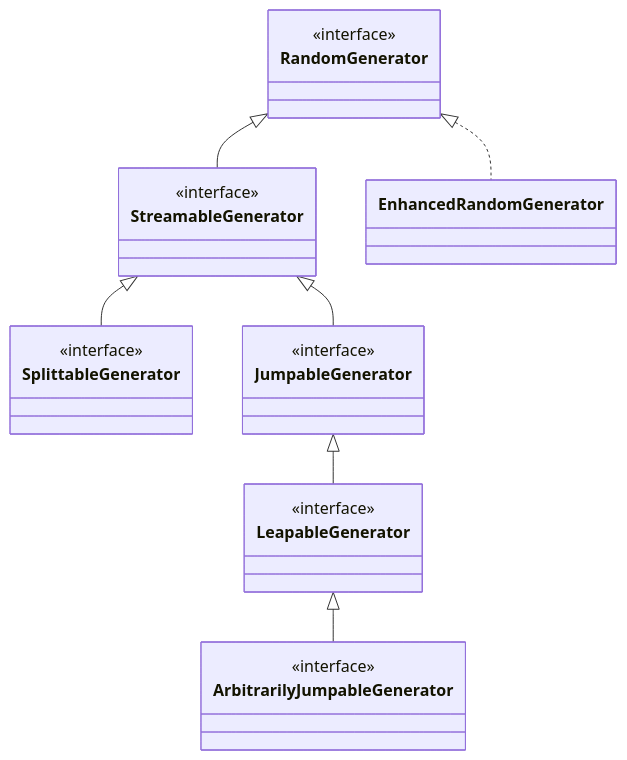
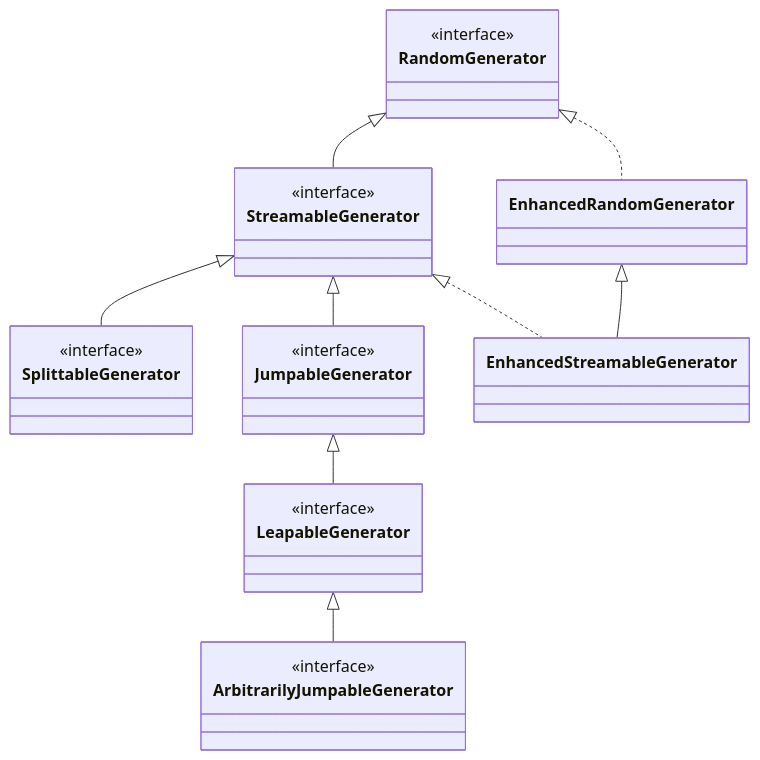
Before and after one commit to cicirello/rho-mu: the diagram in README.md, drawn with Mermaid.

````diff
--- a/README.md
+++ b/README.md
@@ -42,22 +42,25 @@
 ```mermaid
 classDiagram
   class RandomGenerator
   <<interface>> RandomGenerator
   class StreamableGenerator
   <<interface>> StreamableGenerator
   RandomGenerator <|-- StreamableGenerator
   class SplittableGenerator
   <<interface>> SplittableGenerator
   StreamableGenerator <|-- SplittableGenerator
   class JumpableGenerator
   <<interface>> JumpableGenerator
   StreamableGenerator <|-- JumpableGenerator
   class LeapableGenerator
   <<interface>> LeapableGenerator
   JumpableGenerator <|-- LeapableGenerator
   class ArbitrarilyJumpableGenerator
   <<interface>> ArbitrarilyJumpableGenerator
   LeapableGenerator <|-- ArbitrarilyJumpableGenerator
   class EnhancedRandomGenerator
   RandomGenerator <|.. EnhancedRandomGenerator
+  class EnhancedStreamableGenerator
+  EnhancedRandomGenerator <|-- EnhancedStreamableGenerator
+  StreamableGenerator <|.. EnhancedStreamableGenerator
 ```
````
